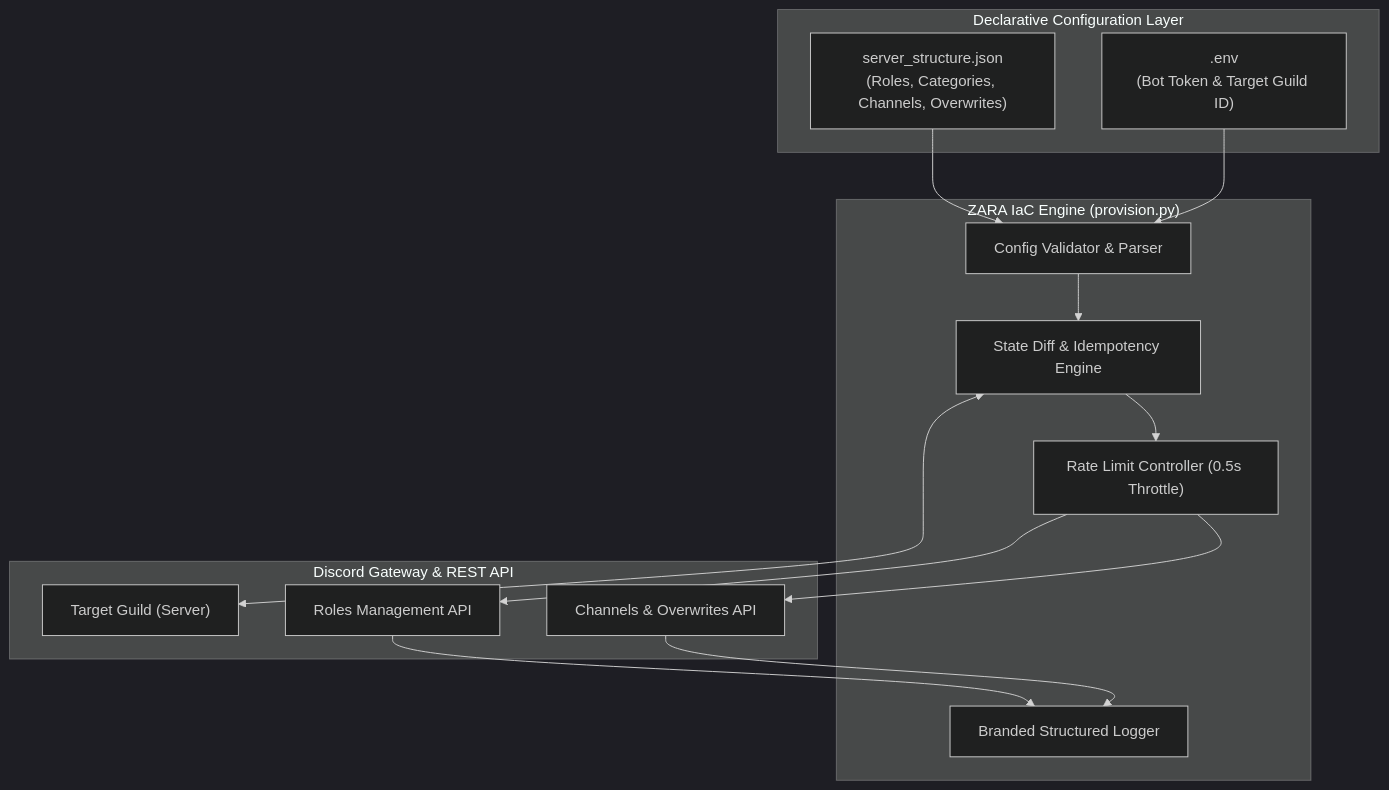
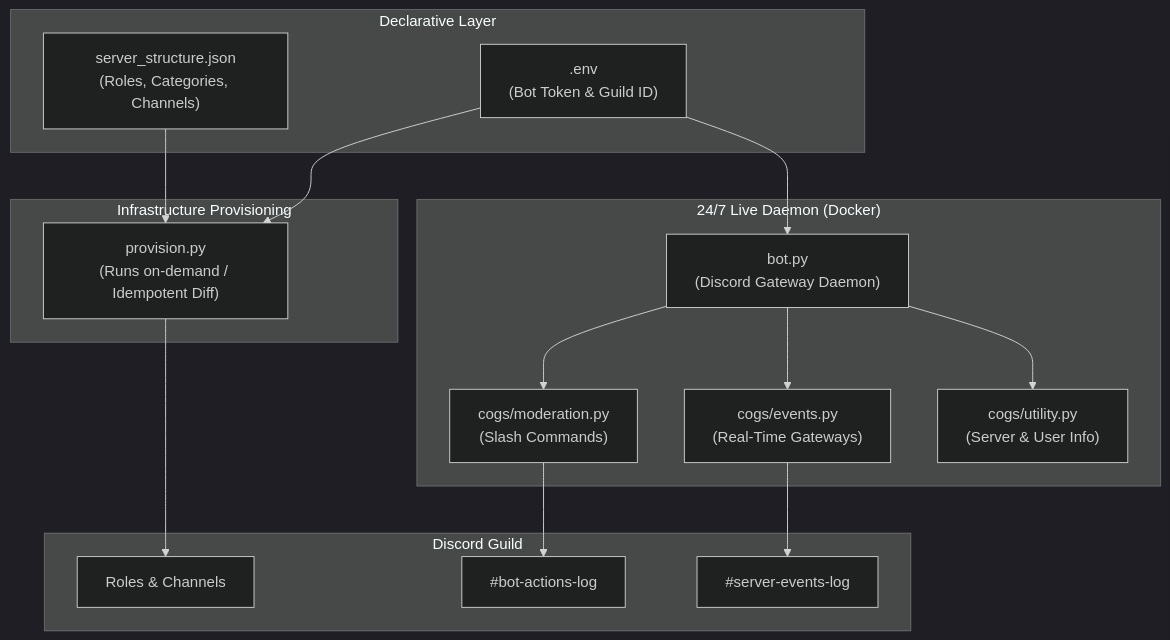
Before and after one commit to ZerXeus101/ZARA: the diagram in README.md, drawn with Mermaid (dark theme). The commit also changed other lines of this file and 11 other files, not shown here.

Commit message:
feat: bot daemon, moderation cogs, dual logging, docker support and commands manual

````diff
--- a/README.md
+++ b/README.md
@@ -33,30 +35,35 @@
 ```mermaid
 flowchart TD
-    subgraph ConfigLayer["Declarative Configuration Layer"]
-        JSON["server_structure.json\n(Roles, Categories, Channels, Overwrites)"]
-        ENV[".env\n(Bot Token & Target Guild ID)"]
+    subgraph SingleSource["Declarative Layer"]
+        JSON["server_structure.json\n(Roles, Categories, Channels)"]
+        ENV[".env\n(Bot Token & Guild ID)"]
     end
 
-    subgraph CoreEngine["ZARA IaC Engine (provision.py)"]
-        Parser["Config Validator & Parser"]
-        DiffEngine["State Diff & Idempotency Engine"]
-        Throttler["Rate Limit Controller (0.5s Throttle)"]
-        Logger["Branded Structured Logger"]
+    subgraph IaC["Infrastructure Provisioning"]
+        Provisioner["provision.py\n(Runs on-demand / Idempotent Diff)"]
     end
 
-    subgraph DiscordAPI["Discord Gateway & REST API"]
-        TargetGuild["Target Guild (Server)"]
-        RolesAPI["Roles Management API"]
-        ChannelsAPI["Channels & Overwrites API"]
+    subgraph Service["24/7 Live Daemon (Docker)"]
+        Bot["bot.py\n(Discord Gateway Daemon)"]
+        Mod["cogs/moderation.py\n(Slash Commands)"]
+        Events["cogs/events.py\n(Real-Time Gateways)"]
+        Util["cogs/utility.py\n(Server & User Info)"]
     end
 
-    JSON --> Parser
-    ENV --> Parser
-    Parser --> DiffEngine
-    DiffEngine <--> TargetGuild
-    DiffEngine --> Throttler
-    Throttler --> RolesAPI
-    Throttler --> ChannelsAPI
-    RolesAPI --> Logger
-    ChannelsAPI --> Logger
+    subgraph DiscordServer["Discord Guild"]
+        GuildStructure["Roles & Channels"]
+        BotLog["#bot-actions-log"]
+        ServerLog["#server-events-log"]
+    end
+
+    JSON --> Provisioner
+    ENV --> Provisioner
+    Provisioner --> GuildStructure
+
+    ENV --> Bot
+    Bot --> Mod
+    Bot --> Events
+    Bot --> Util
+    Mod --> BotLog
+    Events --> ServerLog
 ```
````
